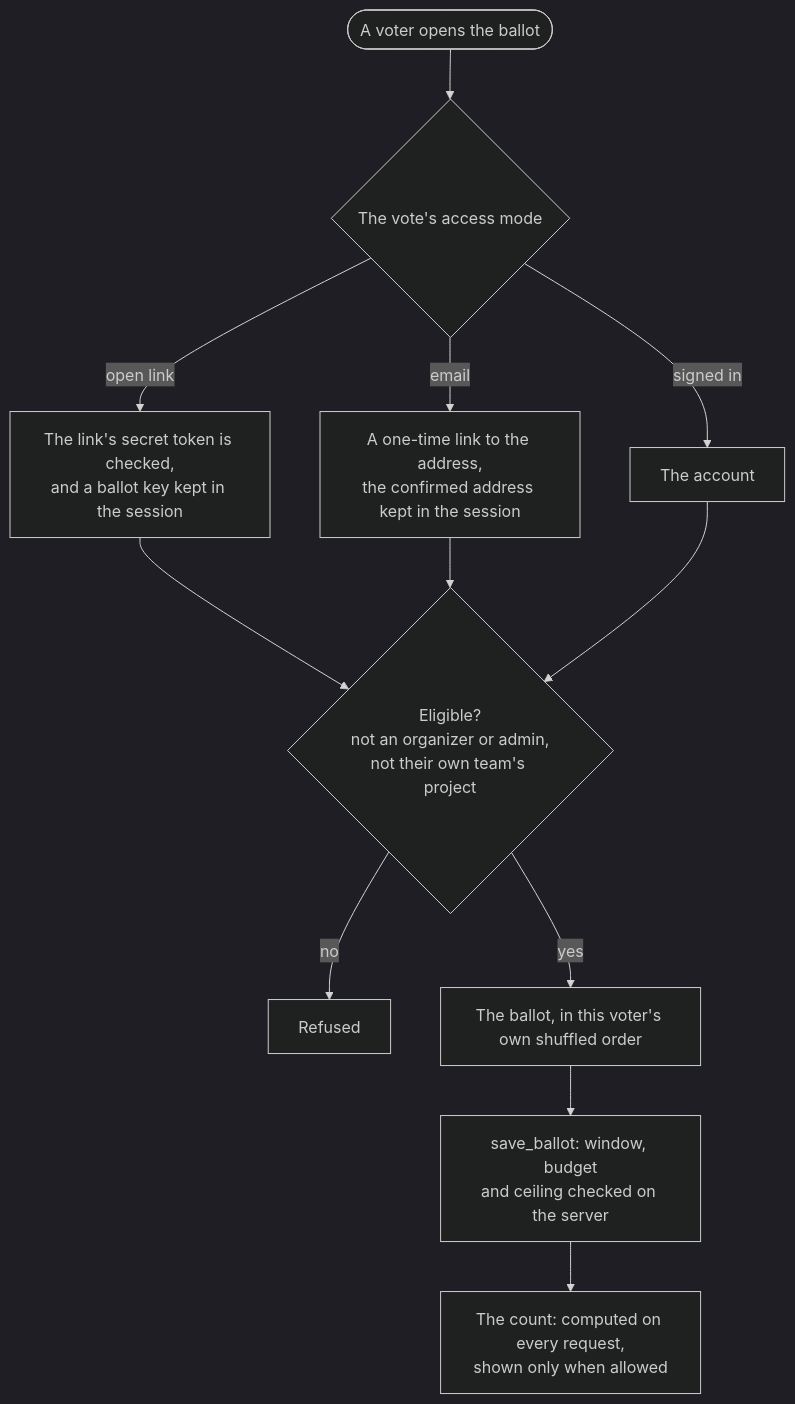
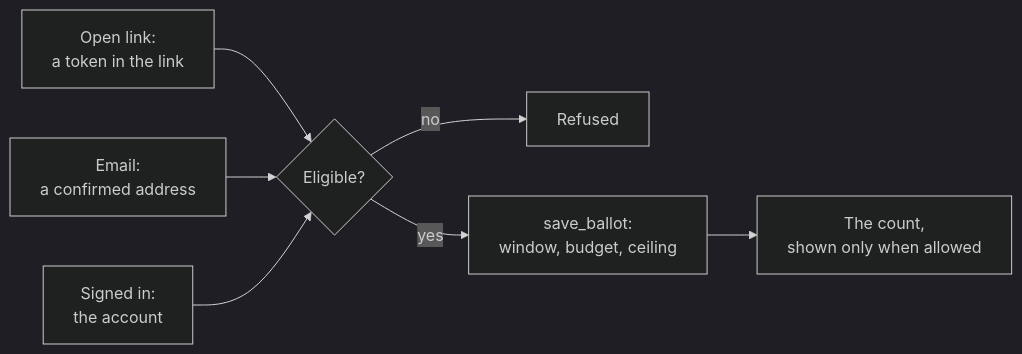
Diagram 11 of 19 in ARCHITECTURE.md (manusingh090/Shipshape), drawn with Mermaid (dark theme) before and after one commit. The commit also changed other lines of this file and 2 other files, not shown here.

Commit message:
Update files: shorter README, compact diagrams

````diff
--- a/ARCHITECTURE.md
+++ b/ARCHITECTURE.md
@@ -415,14 +389,9 @@
 ```mermaid
-flowchart TD
-    v(["A voter opens the ballot"]) --> mode{"The vote's access mode"}
-    mode -- "open link" --> link["The link's secret token is checked,<br/>and a ballot key kept in the session"]
-    mode -- "email" --> email["A one-time link to the address,<br/>the confirmed address kept in the session"]
-    mode -- "signed in" --> acct["The account"]
-    link --> elig
-    email --> elig
-    acct --> elig{"Eligible?<br/>not an organizer or admin,<br/>not their own team's project"}
-    elig -- no --> refuse["Refused"]
-    elig -- yes --> ballot["The ballot, in this voter's own shuffled order"]
-    ballot --> save["save_ballot: window, budget<br/>and ceiling checked on the server"]
-    save --> tally["The count: computed on every request,<br/>shown only when allowed"]
+flowchart LR
+    link["Open link:<br/>a token in the link"] --> who
+    email["Email:<br/>a confirmed address"] --> who
+    account["Signed in:<br/>the account"] --> who
+    who{"Eligible?"} -- no --> refused["Refused"]
+    who -- yes --> save["save_ballot:<br/>window, budget, ceiling"]
+    save --> count["The count,<br/>shown only when allowed"]
 ```
````
